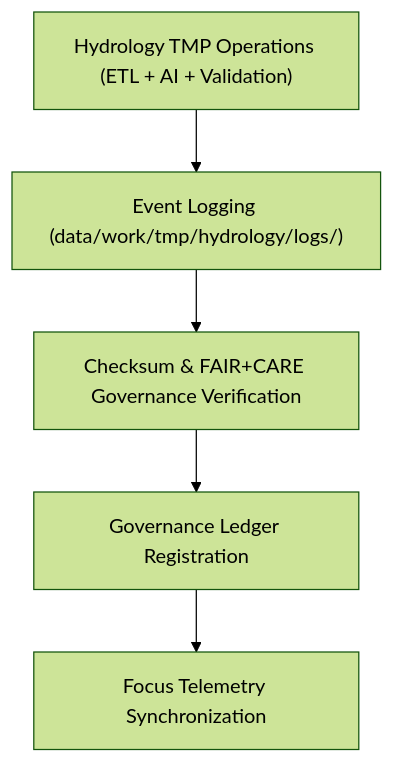
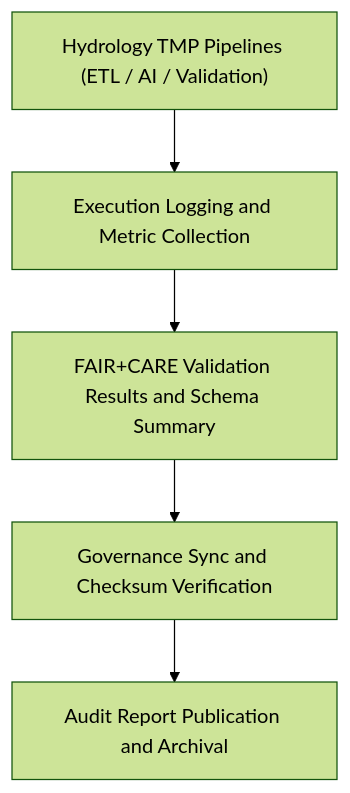
Before and after one commit to bartytime4life/Kansas-Frontier-Matrix: the diagram in data/work/tmp/hydrology/logs/README.md, drawn with Mermaid (forest theme). The commit also changed other lines of this file, not shown here.

````diff
--- a/data/work/tmp/hydrology/logs/README.md
+++ b/data/work/tmp/hydrology/logs/README.md
@@ -75,7 +64,7 @@
 ```mermaid
 flowchart TD
-    A["Hydrology TMP Operations (ETL + AI + Validation)"] --> B["Event Logging (data/work/tmp/hydrology/logs/)"]
-    B --> C["Checksum & FAIR+CARE Governance Verification"]
-    C --> D["Governance Ledger Registration"]
-    D --> E["Focus Telemetry Synchronization"]
+    A["Hydrology TMP Pipelines (ETL / AI / Validation)"] --> B["Execution Logging and Metric Collection"]
+    B --> C["FAIR+CARE Validation Results and Schema Summary"]
+    C --> D["Governance Sync and Checksum Verification"]
+    D --> E["Audit Report Publication and Archival"]
 ```
````
